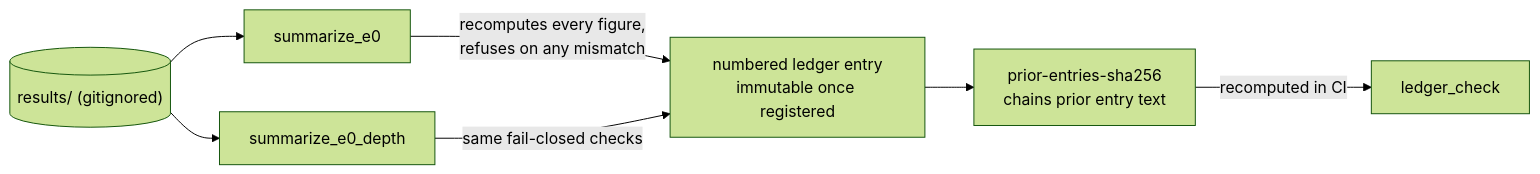
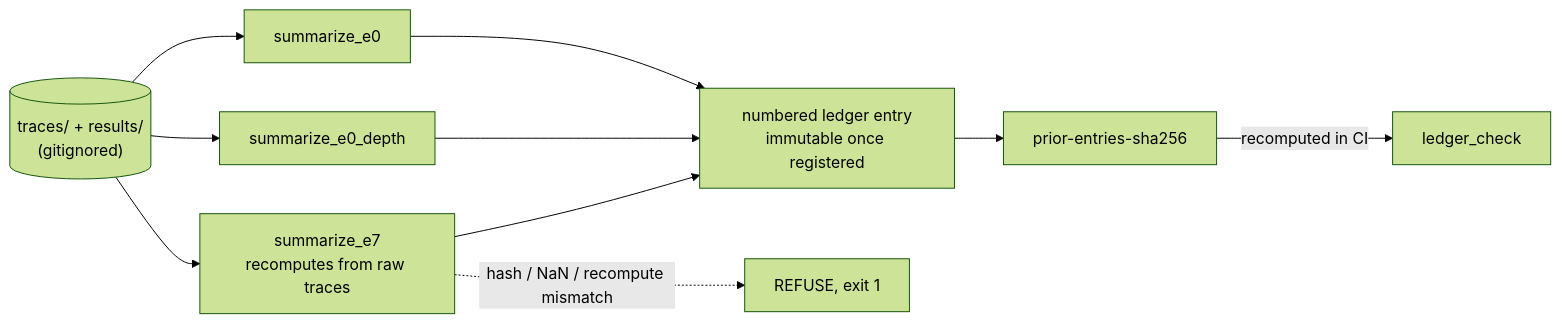
Before and after one commit to hossainpazooki/linear-ceiling: the second of 6 diagrams in README.md, drawn with Mermaid (forest theme). The commit also changed other lines of this file and 3 other files, not shown here.

````diff
--- a/README.md
+++ b/README.md
@@ -32,9 +32,11 @@
 ```mermaid
 flowchart LR
-    R[("results/ (gitignored)")] --> S1[summarize_e0]
-    R --> S2[summarize_e0_depth]
-    S1 -->|recomputes every figure,<br/>refuses on any mismatch| E[numbered ledger entry<br/>immutable once registered]
-    S2 -->|same fail-closed checks| E
-    E --> H[prior-entries-sha256<br/>chains prior entry text]
-    H -->|recomputed in CI| LC[ledger_check]
+    RAW[("traces/ + results/<br/>(gitignored)")] --> S1[summarize_e0]
+    RAW --> S2[summarize_e0_depth]
+    RAW --> S3[summarize_e7<br/>recomputes from raw traces]
+    S1 --> E[numbered ledger entry<br/>immutable once registered]
+    S2 --> E
+    S3 --> E
+    S3 -.->|hash / NaN / recompute mismatch| REF[REFUSE, exit 1]
+    E --> H[prior-entries-sha256] -->|recomputed in CI| LC[ledger_check]
 ```
````
